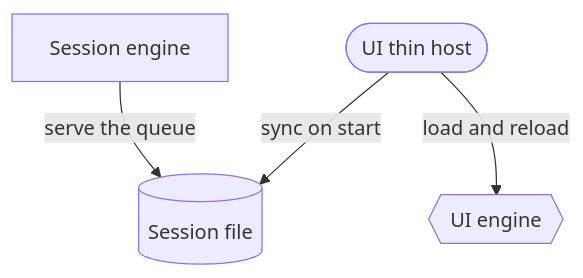
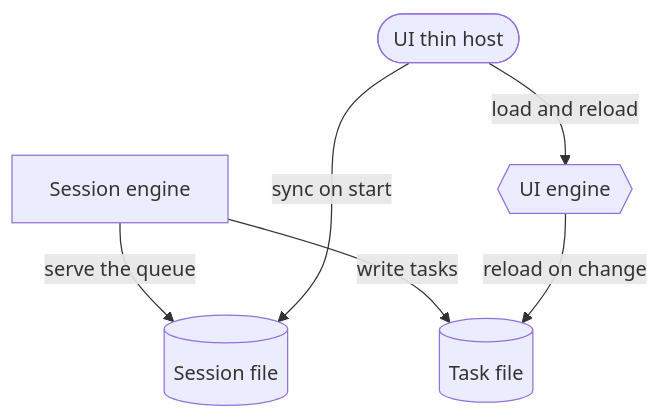
One commit to dev-centr/agent-rules changed the third of 4 diagrams in general/long-session-engines.md. Above: the diagram before and after it, drawn with Mermaid. The commit also changed 2 other files, not shown here.

Commit message:
Put the task file back on the thin-host diagram.

````diff
--- a/general/long-session-engines.md
+++ b/general/long-session-engines.md
@@ -62,11 +62,14 @@
 ```mermaid
 flowchart TB
   session[("Session file")]
+  tasks[("Task file")]
   seng["Session engine"]
   host(["UI thin host"])
   uieng{{"UI engine"}}
 
   seng -->|serve the queue| session
+  seng -->|write tasks| tasks
   host -->|sync on start| session
   host -->|load and reload| uieng
+  uieng -->|reload on change| tasks
 ```
````
